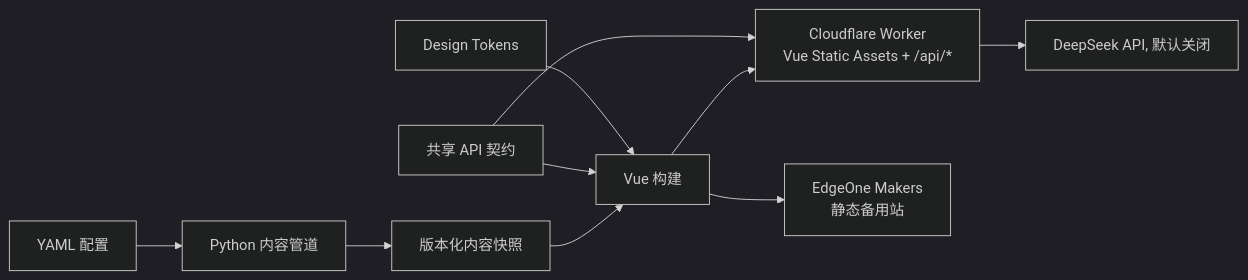
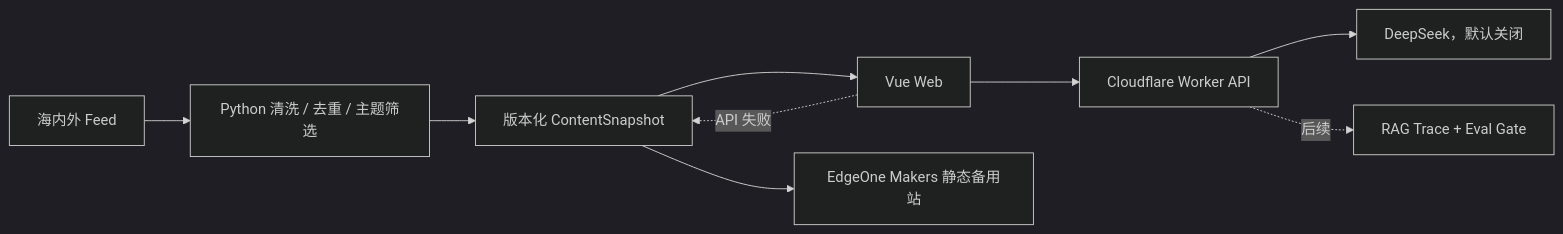
Before and after one commit to Dyj0926D/newseviday: the diagram in README.md, drawn with Mermaid (dark theme). The commit also changed other lines of this file and 46 other files, not shown here.

````diff
--- a/README.md
+++ b/README.md
@@ -39,12 +24,11 @@
 ```mermaid
 flowchart LR
-    Config["YAML 配置"] --> Pipeline["Python 内容管道"]
-    Pipeline --> Snapshot["版本化内容快照"]
-    Snapshot --> WebBuild["Vue 构建"]
-    WebBuild --> Worker["Cloudflare Worker<br/>Vue Static Assets + /api/*"]
-    WebBuild --> Makers["EdgeOne Makers<br/>静态备用站"]
-    Worker --> Model["DeepSeek API, 默认关闭"]
-    Contracts["共享 API 契约"] --> WebBuild
-    Contracts --> Worker
-    Tokens["Design Tokens"] --> WebBuild
+    Feed["海内外 Feed"] --> Py["Python 清洗 / 去重 / 主题筛选"]
+    Py --> Snapshot["版本化 ContentSnapshot"]
+    Snapshot --> Vue["Vue Web"]
+    Vue --> Worker["Cloudflare Worker API"]
+    Vue -. "API 失败" .-> Snapshot
+    Worker --> DeepSeek["DeepSeek，默认关闭"]
+    Worker -. "后续" .-> RAG["RAG Trace + Eval Gate"]
+    Snapshot --> EdgeOne["EdgeOne Makers 静态备用站"]
 ```
````
